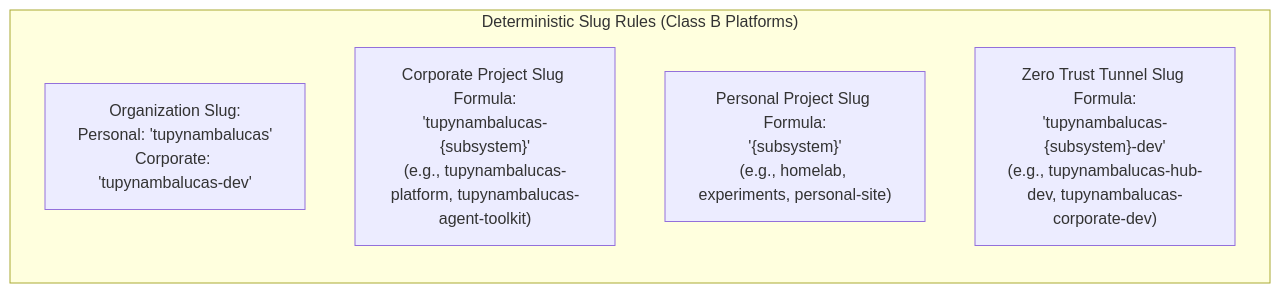
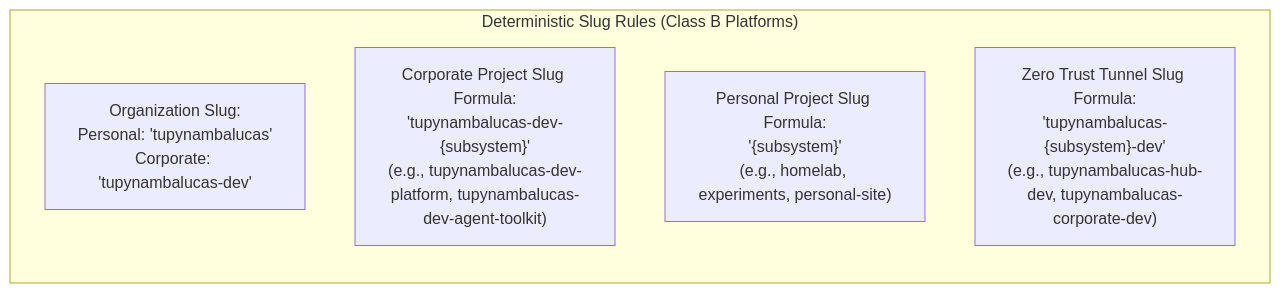
One commit to tupynambalucas-dev/.github changed the second of 5 diagrams in .agents/plans/enterprise-identity-and-multi-platform-nomenclature-master-plan.md. Above: the diagram before and after it, drawn with Mermaid. The commit also changed other lines of this file and 1 other file, not shown here.

Commit message:
fix(plans): align corporate project slugs with tupynambalucas-dev organization prefix

````diff
--- a/.agents/plans/enterprise-identity-and-multi-platform-nomenclature-master-plan.md
+++ b/.agents/plans/enterprise-identity-and-multi-platform-nomenclature-master-plan.md
@@ -122,10 +122,10 @@
 ```mermaid
 flowchart TD
   subgraph SlugRules ["Deterministic Slug Rules (Class B Platforms)"]
     direction TB
     R_Org["Organization Slug:<br/>Personal: 'tupynambalucas'<br/>Corporate: 'tupynambalucas-dev'"]
-    R_CorpProj["Corporate Project Slug Formula:<br/>'tupynambalucas-{subsystem}'<br/>(e.g., tupynambalucas-platform, tupynambalucas-agent-toolkit)"]
+    R_CorpProj["Corporate Project Slug Formula:<br/>'tupynambalucas-dev-{subsystem}'<br/>(e.g., tupynambalucas-dev-platform, tupynambalucas-dev-agent-toolkit)"]
     R_PersProj["Personal Project Slug Formula:<br/>'{subsystem}'<br/>(e.g., homelab, experiments, personal-site)"]
     R_Tunnel["Zero Trust Tunnel Slug Formula:<br/>'tupynambalucas-{subsystem}-dev'<br/>(e.g., tupynambalucas-hub-dev, tupynambalucas-corporate-dev)"]
   end
 ```
````
